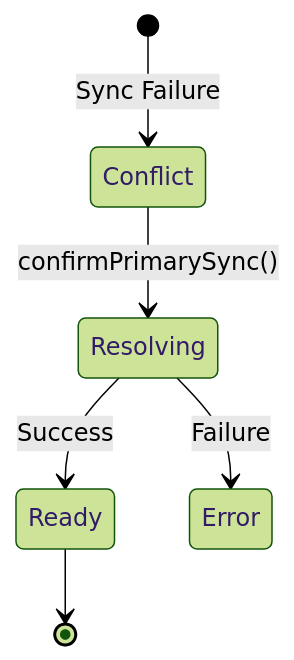
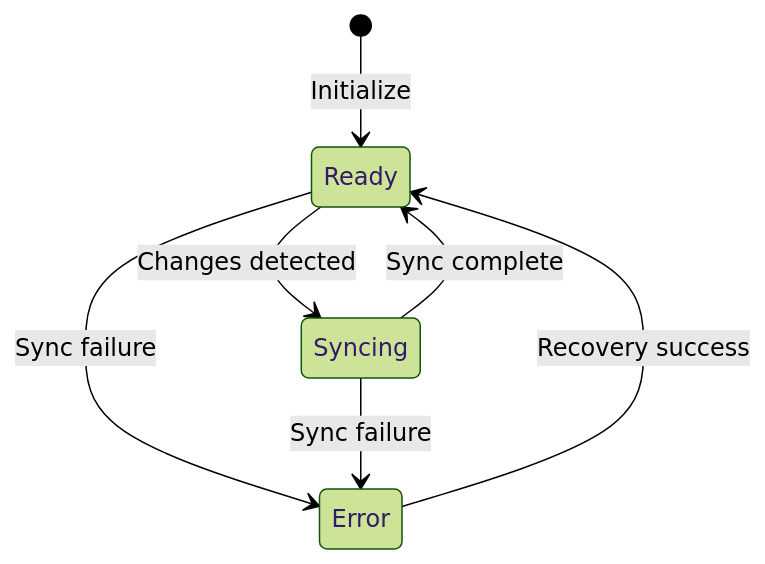
One commit to mrsimpson/piddie changed diagram 14 of 17 in packages/files-management/README.md. Above: the diagram before and after it, drawn with Mermaid (forest theme). The commit also changed other lines of this file and 11 other files, not shown here.

````diff
--- a/packages/files-management/README.md
+++ b/packages/files-management/README.md
@@ -422,8 +425,9 @@
    ```mermaid
    stateDiagram-v2
-       [*] --> Conflict: Sync Failure
-       Conflict --> Resolving: confirmPrimarySync()
-       Resolving --> Ready: Success
-       Resolving --> Error: Failure
-       Ready --> [*]
+       [*] --> Ready: Initialize
+       Ready --> Syncing: Changes detected
+       Syncing --> Ready: Sync complete
+       Ready --> Error: Sync failure
+       Syncing --> Error: Sync failure
+       Error --> Ready: Recovery success
    ```
````
